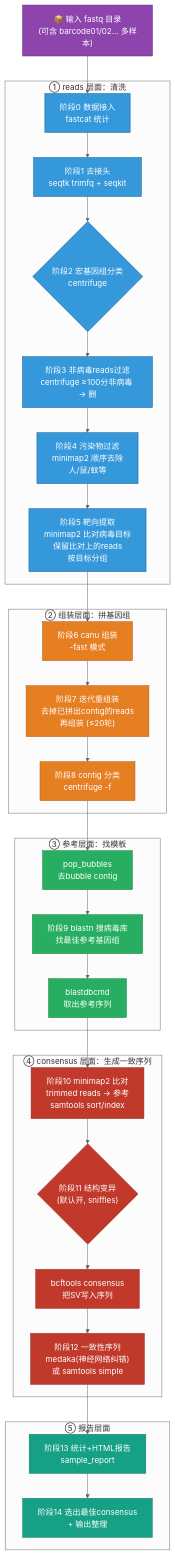
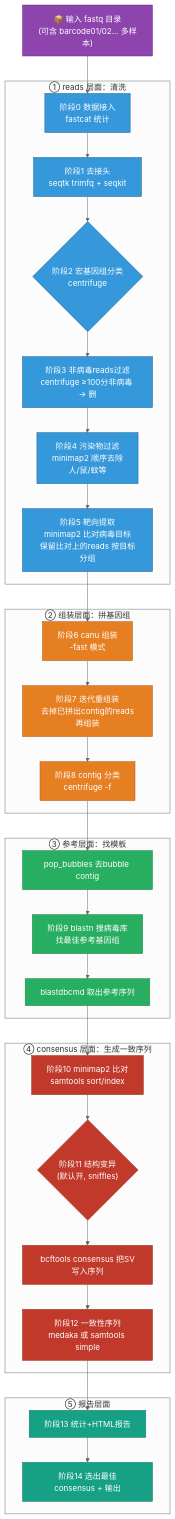
One commit to enlopedfsf/vimop changed the diagram in docs/新手指南.md. Above: the diagram before and after it, drawn with Mermaid (neutral theme). The commit also changed other lines of this file, not shown here.

````diff
--- a/docs/新手指南.md
+++ b/docs/新手指南.md
@@ -28,50 +394,50 @@
 ```mermaid
 flowchart TD
     A["📦 输入 fastq 目录<br/>(可含 barcode01/02... 多样本)"] --> B["阶段0 数据接入<br/>fastcat 统计"]
 
     subgraph S1["①  reads 层面：清洗"]
         B --> C["阶段1 去接头<br/>seqtk trimfq + seqkit"]
         C --> D{"阶段2 宏基因组分类<br/>centrifuge"}
         D --> E["阶段3 非病毒reads过滤<br/>centrifuge ≥100分非病毒 → 删"]
         E --> F["阶段4 污染物过滤<br/>minimap2 顺序去除<br/>人/鼠/蚊等"]
-        F --> G["阶段5 靶向提取<br/>minimap2 比对病毒目标<br/>保留比对上的reads<br/>按目标分组"]
+        F --> G["阶段5 靶向提取<br/>minimap2 比对病毒目标<br/>保留比对上的reads 按目标分组"]
     end
 
     subgraph S2["② 组装层面：拼基因组"]
         G --> H["阶段6 canu 组装<br/>-fast 模式"]
-        H --> I["阶段7 迭代重组装<br/>去掉已拼出contig的reads<br/>再组装 (≤20轮)"]
+        H --> I["阶段7 迭代重组装<br/>去掉已拼出contig的reads再组装"]
         I --> J["阶段8 contig 分类<br/>centrifuge -f"]
     end
 
     subgraph S3["③ 参考层面：找模板"]
-        J --> K["pop_bubbles<br/>去bubble contig"]
+        J --> K["pop_bubbles 去bubble contig"]
         K --> L["阶段9 blastn 搜病毒库<br/>找最佳参考基因组"]
-        L --> M["blastdbcmd<br/>取出参考序列"]
+        L --> M["blastdbcmd 取出参考序列"]
     end
 
     subgraph S4["④ consensus 层面：生成一致序列"]
-        M --> N["阶段10 minimap2 比对<br/>trimmed reads → 参考<br/>samtools sort/index"]
+        M --> N["阶段10 minimap2 比对<br/>samtools sort/index"]
         N --> O{"阶段11 结构变异<br/>(默认开, sniffles)"}
-        O --> P["bcftools consensus<br/>把SV写入序列"]
-        P --> Q["阶段12 一致性序列<br/>medaka(神经网络纠错)<br/>或 samtools simple"]
+        O --> P["bcftools consensus 把SV写入序列"]
+        P --> Q["阶段12 一致性序列<br/>medaka 或 samtools simple"]
     end
 
     subgraph S5["⑤ 报告层面"]
-        Q --> R["阶段13 统计+HTML报告<br/>sample_report"]
-        R --> S["阶段14 选出最佳consensus<br/>+ 输出整理"]
+        Q --> R["阶段13 统计+HTML报告"]
+        R --> S["阶段14 选出最佳consensus + 输出"]
     end
 
     classDef input fill:#8e44ad,color:#fff,stroke:#6c3483
     classDef reads fill:#3498db,color:#fff,stroke:#21618c
     classDef asm fill:#e67e22,color:#fff,stroke:#af601a
     classDef ref fill:#27ae60,color:#fff,stroke:#1e8449
     classDef cons fill:#c0392b,color:#fff,stroke:#922b21
     classDef rep fill:#16a085,color:#fff,stroke:#117864
 
     class A input
     class B,C,D,E,F,G reads
     class H,I,J asm
     class K,L,M ref
     class N,O,P,Q cons
     class R,S rep
 ```
````
